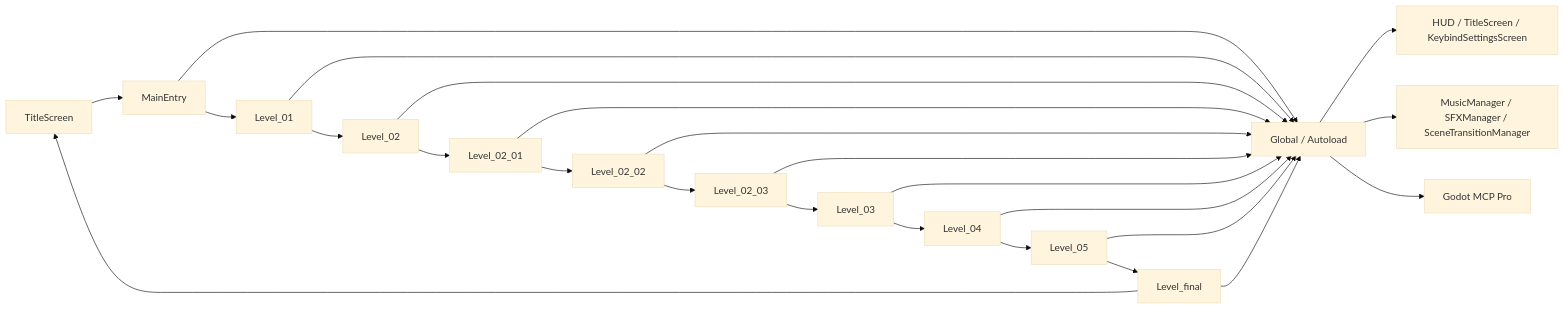
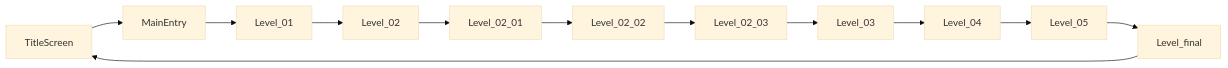
Before and after one commit to aaaarthur666-design/copyWorms: the second of 6 diagrams in TECHNICAL_ARCHITECTURE_REPORT.md, drawn with Mermaid (base theme). The commit also changed other lines of this file and 3 other files, not shown here.

````diff
--- a/TECHNICAL_ARCHITECTURE_REPORT.md
+++ b/TECHNICAL_ARCHITECTURE_REPORT.md
@@ -80,29 +66,14 @@
 ```mermaid
 flowchart LR
-    A[TitleScreen] --> B[MainEntry]
-    B --> C[Level_01]
-    C --> D[Level_02]
-    D --> E[Level_02_01]
-    E --> F[Level_02_02]
-    F --> G[Level_02_03]
-    G --> H[Level_03]
-    H --> I[Level_04]
-    I --> J[Level_05]
-    J --> K[Level_final]
-    K --> A
-
-    B --> GM[Global / Autoload]
-    C --> GM
-    D --> GM
-    E --> GM
-    F --> GM
-    G --> GM
-    H --> GM
-    I --> GM
-    J --> GM
-    K --> GM
-
-    GM --> UI[HUD / TitleScreen / KeybindSettingsScreen]
-    GM --> SYS[MusicManager / SFXManager / SceneTransitionManager]
-    GM --> DEV[Godot MCP Pro]
+    T[TitleScreen] --> M[MainEntry]
+    M --> L1[Level_01]
+    L1 --> L2[Level_02]
+    L2 --> L201[Level_02_01]
+    L201 --> L202[Level_02_02]
+    L202 --> L203[Level_02_03]
+    L203 --> L3[Level_03]
+    L3 --> L4[Level_04]
+    L4 --> L5[Level_05]
+    L5 --> LF[Level_final]
+    LF --> T
 ```
````
